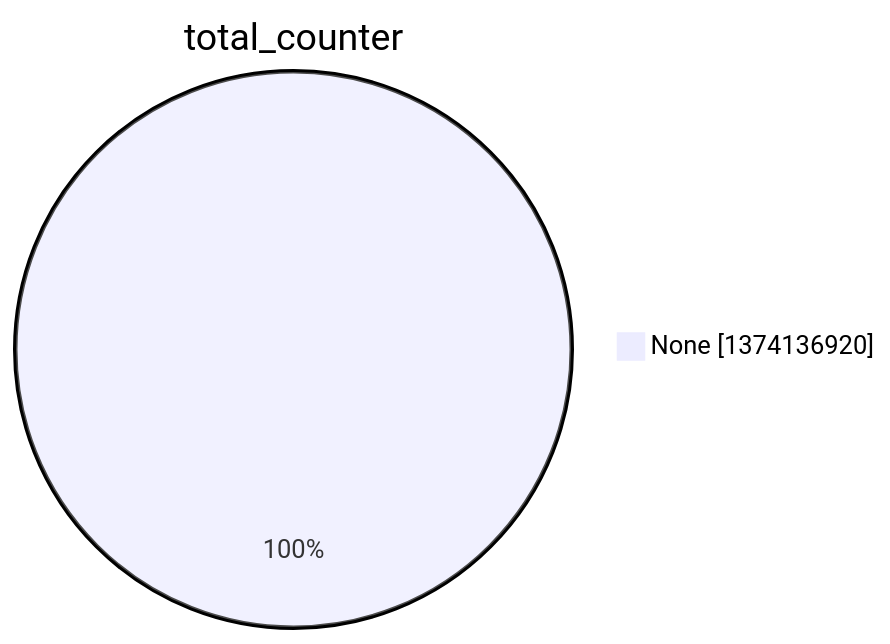
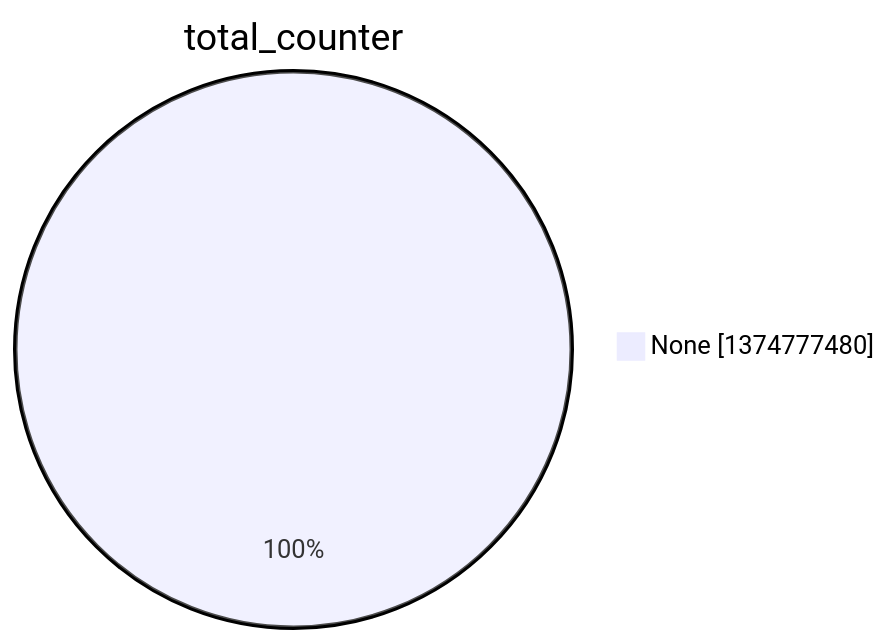
The second of 15 diagrams in argon2022/README.md (christiankrug/ctmonitor_visualization), drawn with Mermaid before and after one commit. The commit also changed other lines of this file, not shown here.

````diff
--- a/argon2022/README.md
+++ b/argon2022/README.md
@@ -9,5 +9,5 @@
 ```mermaid
 pie showData
 title total_counter
-"None" :1374136920
+"None" :1374777480
 ```
````
